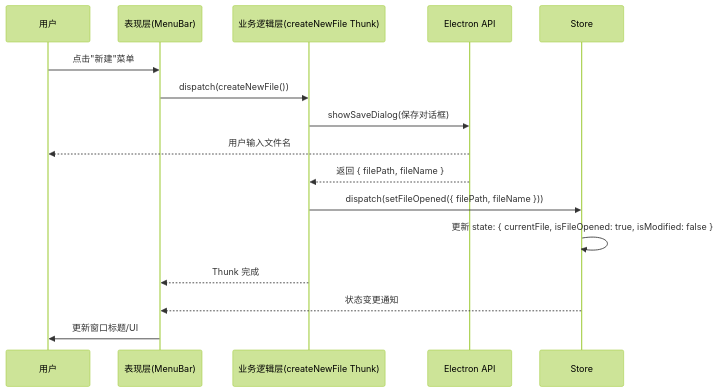
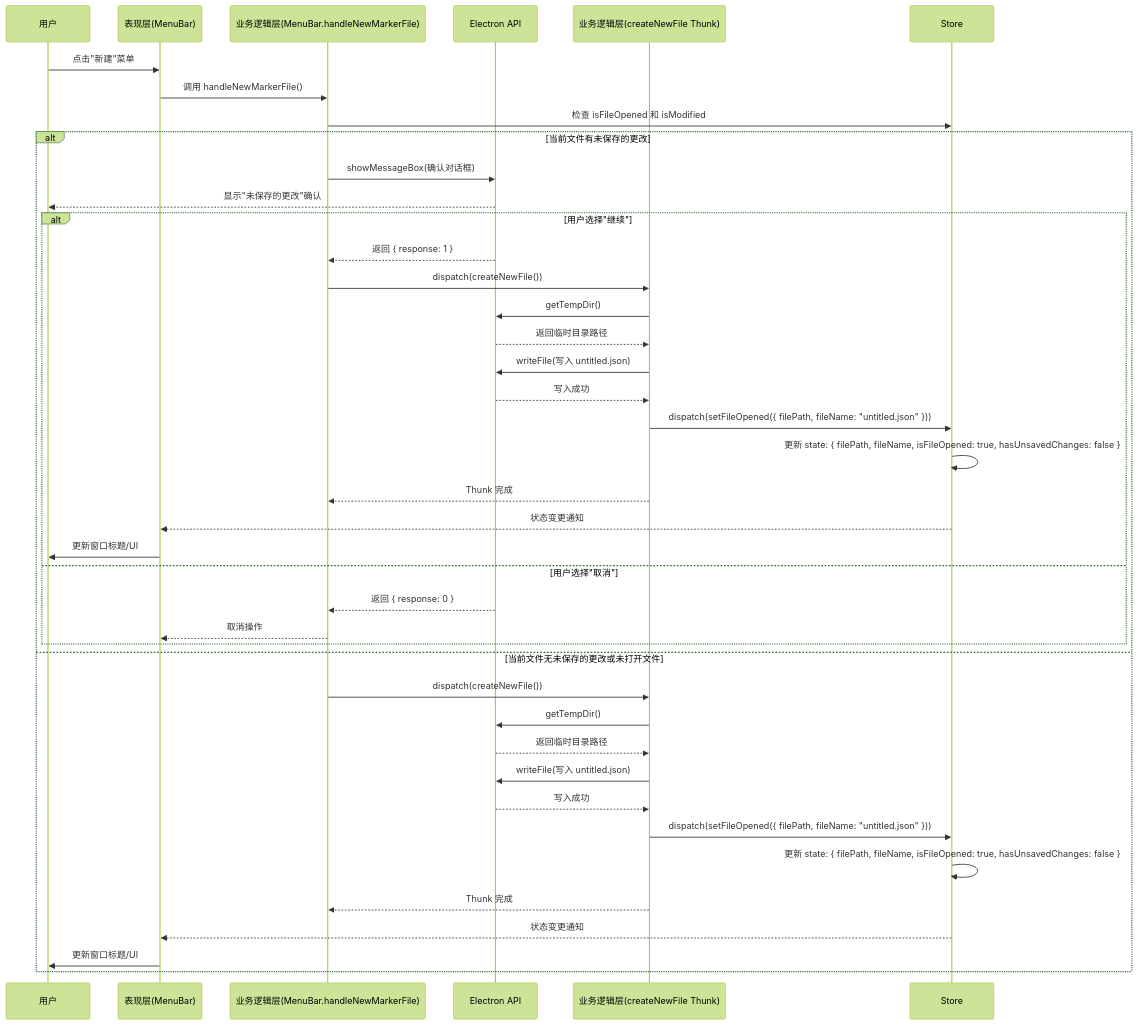
The first of 4 diagrams in doc/技术设计/业务逻辑层.md (kampfer/trae-image-marker), drawn with Mermaid (forest theme) before and after one commit. The commit also changed other lines of this file and 2 other files, not shown here.

Commit message:
feat(文件操作): 添加新建文件确认对话框并重构文件状态逻辑
添加新建文件时的未保存更改确认对话框，防止数据丢失
重构文件状态管理逻辑，统一使用 selector 判断文件状态
更新相关文档中的时序图以反映新的交互流程

````diff
--- a/doc/技术设计/业务逻辑层.md
+++ b/doc/技术设计/业务逻辑层.md
@@ -282,19 +282,44 @@
 ```mermaid
 sequenceDiagram
     participant U as 用户
     participant UI as 表现层(MenuBar)
-    participant CL as 业务逻辑层(createNewFile Thunk)
+    participant CL as 业务逻辑层(MenuBar.handleNewMarkerFile)
     participant EP as Electron API
+    participant NF as 业务逻辑层(createNewFile Thunk)
     participant SL as Store
 
     U->>UI: 点击"新建"菜单
-    UI->>CL: dispatch(createNewFile())
-    CL->>EP: showSaveDialog(保存对话框)
-    EP-->>U: 用户输入文件名
-    EP-->>CL: 返回 { filePath, fileName }
-    CL->>SL: dispatch(setFileOpened({ filePath, fileName }))
-    SL->>SL: 更新 state: { currentFile, isFileOpened: true, isModified: false }
-    CL-->>UI: Thunk 完成
-    SL-->>UI: 状态变更通知
-    UI->>U: 更新窗口标题/UI
+    UI->>CL: 调用 handleNewMarkerFile()
+    CL->>SL: 检查 isFileOpened 和 isModified
+    alt 当前文件有未保存的更改
+        CL->>EP: showMessageBox(确认对话框)
+        EP-->>U: 显示"未保存的更改"确认
+        alt 用户选择"继续"
+            EP-->>CL: 返回 { response: 1 }
+            CL->>NF: dispatch(createNewFile())
+            NF->>EP: getTempDir()
+            EP-->>NF: 返回临时目录路径
+            NF->>EP: writeFile(写入 untitled.json)
+            EP-->>NF: 写入成功
+            NF->>SL: dispatch(setFileOpened({ filePath, fileName: "untitled.json" }))
+            SL->>SL: 更新 state: { filePath, fileName, isFileOpened: true, hasUnsavedChanges: false }
+            NF-->>CL: Thunk 完成
+            SL-->>UI: 状态变更通知
+            UI->>U: 更新窗口标题/UI
+        else 用户选择"取消"
+            EP-->>CL: 返回 { response: 0 }
+            CL-->>UI: 取消操作
+        end
+    else 当前文件无未保存的更改或未打开文件
+        CL->>NF: dispatch(createNewFile())
+        NF->>EP: getTempDir()
+        EP-->>NF: 返回临时目录路径
+        NF->>EP: writeFile(写入 untitled.json)
+        EP-->>NF: 写入成功
+        NF->>SL: dispatch(setFileOpened({ filePath, fileName: "untitled.json" }))
+        SL->>SL: 更新 state: { filePath, fileName, isFileOpened: true, hasUnsavedChanges: false }
+        NF-->>CL: Thunk 完成
+        SL-->>UI: 状态变更通知
+        UI->>U: 更新窗口标题/UI
+    end
 ```
````
